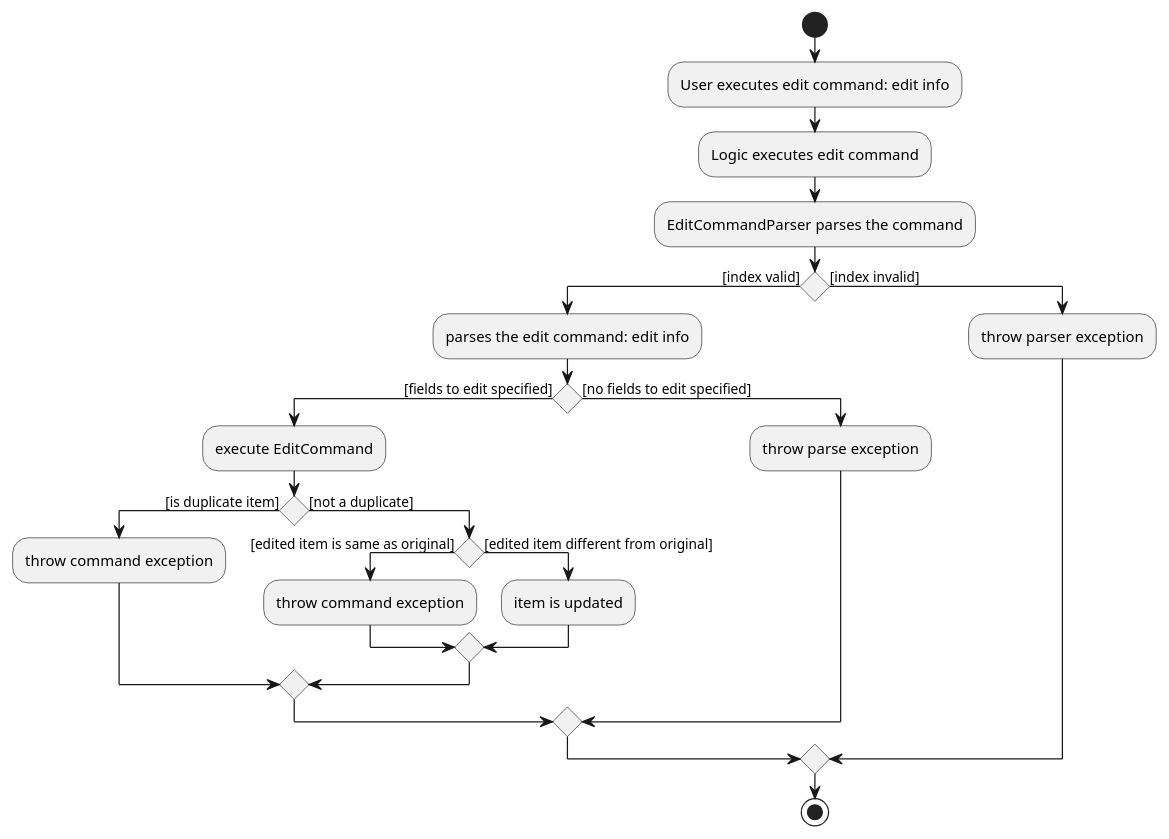
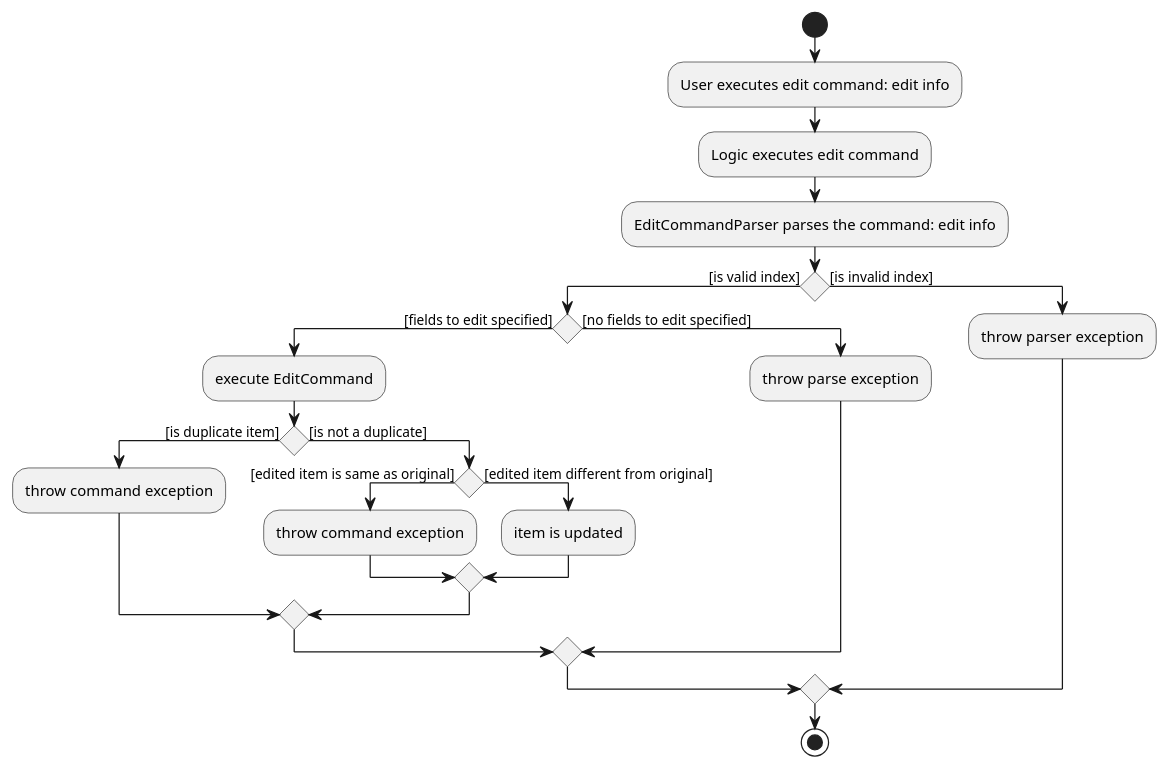
The diagram in docs/images/EditCommandActivityDiagram.puml (nus-cs2103-AY2021S1/tp), drawn with PlantUML before and after one commit. The commit also changed 4 other files, not shown here.

Commit message:
Activity Diagram

```diff
--- a/docs/images/EditCommandActivityDiagram.puml
+++ b/docs/images/EditCommandActivityDiagram.puml
@@ -1,36 +1,36 @@
 @startuml
 start
 :User executes edit command: edit info;
 :Logic executes edit command;
-:EditCommandParser parses the command;
+:EditCommandParser parses the command: edit info;
 
-if () then ([index valid])
-    :parses the edit command: edit info;
+if () then ([is valid index])
+
 
     if () then ([fields to edit specified])
     :execute EditCommand;
 
         if () then ([is duplicate item])
         :throw command exception;
 
-        else ([not a duplicate])
+        else ([is not a duplicate])
 
             if () then ([edited item is same as original])
             :throw command exception;
             else ([edited item different from original])
             :item is updated;
             endif
 
         endif
 
     else ([no fields to edit specified])
     :throw parse exception;
     endif
 
-else ([index invalid])
+else ([is invalid index])
     :throw parser exception;
 
 endif
 stop
 
 @enduml
```
